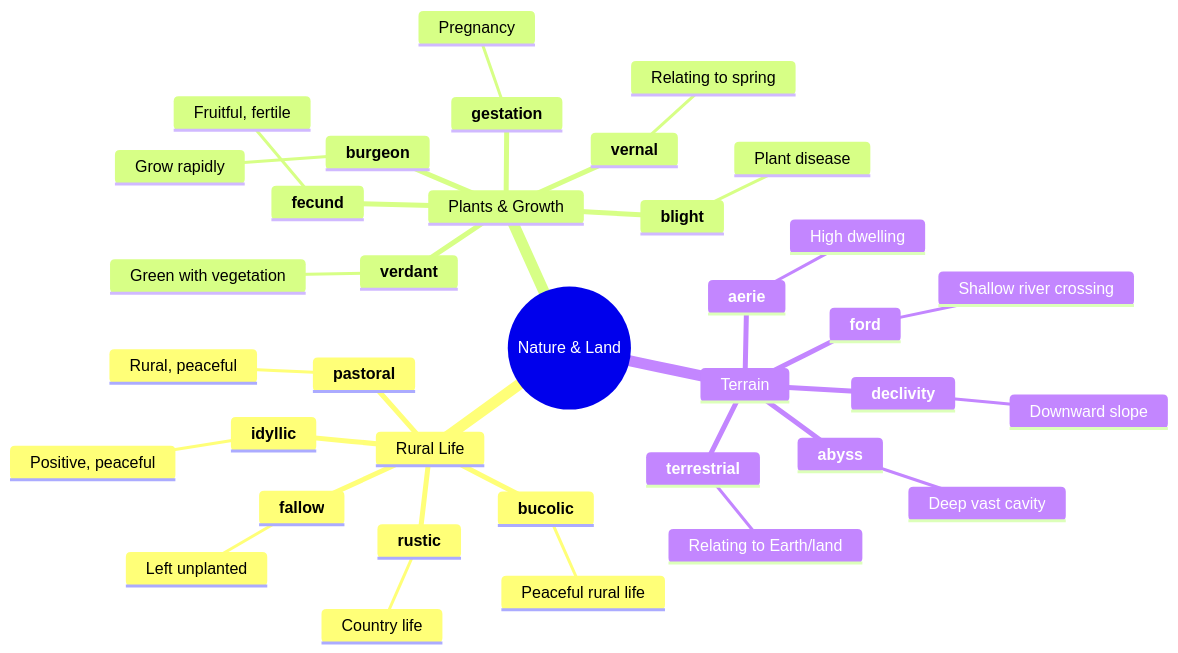
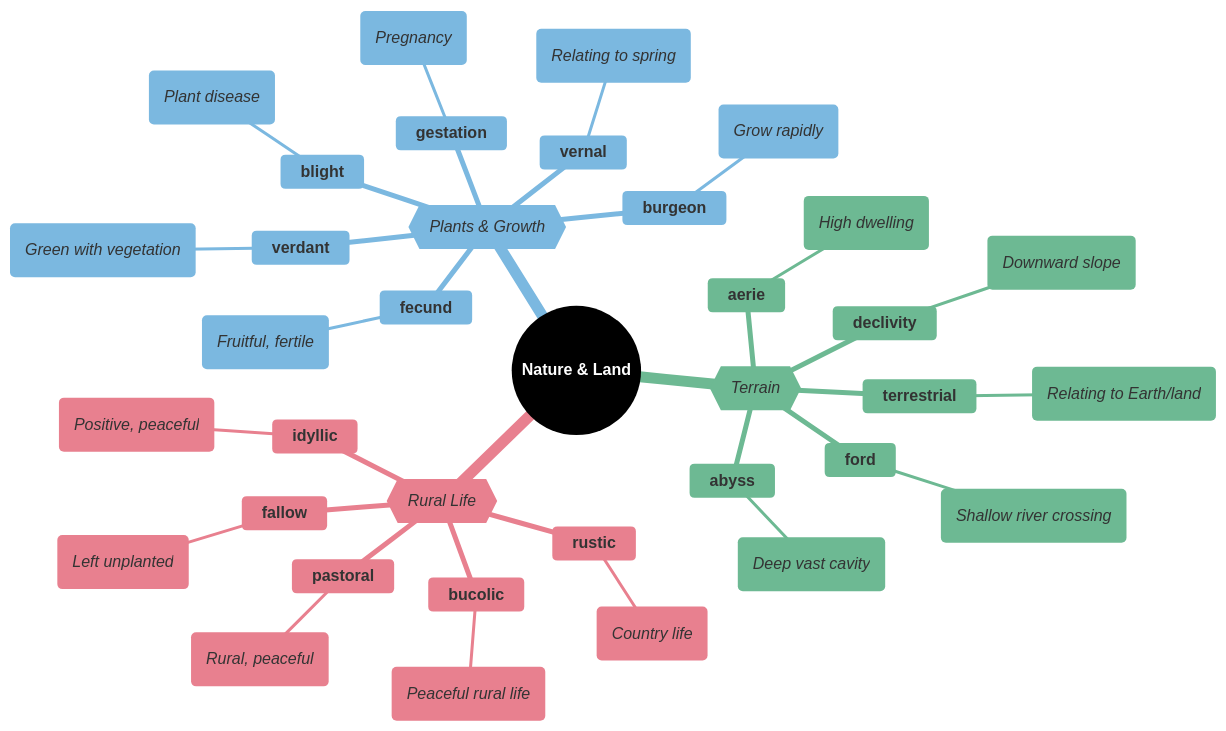
One commit to 95anantsingh/gre-preparation changed the third of 7 diagrams in mindmaps/16-physical-world-and-nature.md. Above: the diagram before and after it, drawn with Mermaid. The commit also changed other lines of this file and 14 other files, not shown here.

````diff
--- a/mindmaps/16-physical-world-and-nature.md
+++ b/mindmaps/16-physical-world-and-nature.md
@@ -149,39 +207,58 @@
 ```mermaid
+%%{
+  init: {
+    "theme": "base",
+    "themeVariables": {
+      "primaryColor": "#000000",
+      "cScale1": "#e8808f",  "cScaleInv1": "#a33445",
+      "cScale2": "#7bb8e0",  "cScaleInv2": "#266a93",
+      "cScale3": "#6db993",  "cScaleInv3": "#23543f",
+      "cScale4": "#f5d07a",  "cScaleInv4": "#c4903b",
+      "cScale5": "#b08fcc",  "cScaleInv5": "#5d3b75",
+      "cScale6": "#74dace",  "cScaleInv6": "#217d72",
+      "cScale7": "#f09570",  "cScaleInv7": "#b84112",
+      "cScale8": "#8ea8c2",  "cScaleInv8": "#32465e",
+      "cScale9": "#cc7fba",  "cScaleInv9": "#7d2868",
+      "cScale10": "#c99a78", "cScaleInv10": "#7c4e32",
+      "cScale11": "#a3a3a3", "cScaleInv11": "#3d3d3d"
+    }
+  }
+}%%
 mindmap
-  root((Nature & Land))
-    Rural Life
+  root((<font color=white>**Nature & Land**</font>))
+    {{_Rural Life_}}
       **bucolic**
-        Peaceful rural life
+        (_Peaceful rural life_)
       **rustic**
-        Country life
+        (_Country life_)
       **idyllic**
-        Positive, peaceful
+        (_Positive, peaceful_)
       **pastoral**
-        Rural, peaceful
+        (_Rural, peaceful_)
       **fallow**
-        Left unplanted
-    Plants & Growth
+        (_Left unplanted_)
+    {{_Plants & Growth_}}
       **burgeon**
-        Grow rapidly
+        (_Grow rapidly_)
       **blight**
-        Plant disease
+        (_Plant disease_)
       **fecund**
-        Fruitful, fertile
+        (_Fruitful, fertile_)
       **verdant**
-        Green with vegetation
+        (_Green with vegetation_)
       **vernal**
-        Relating to spring
+        (_Relating to spring_)
       **gestation**
-        Pregnancy
-    Terrain
+        (_Pregnancy_)
+    {{_Terrain_}}
       **abyss**
-        Deep vast cavity
+        (_Deep vast cavity_)
       **declivity**
-        Downward slope
+        (_Downward slope_)
       **ford**
-        Shallow river crossing
+        (_Shallow river crossing_)
       **aerie**
-        High dwelling
+        (_High dwelling_)
       **terrestrial**
-        Relating to Earth/land
+        (_Relating to Earth/land_)
 ```
````
